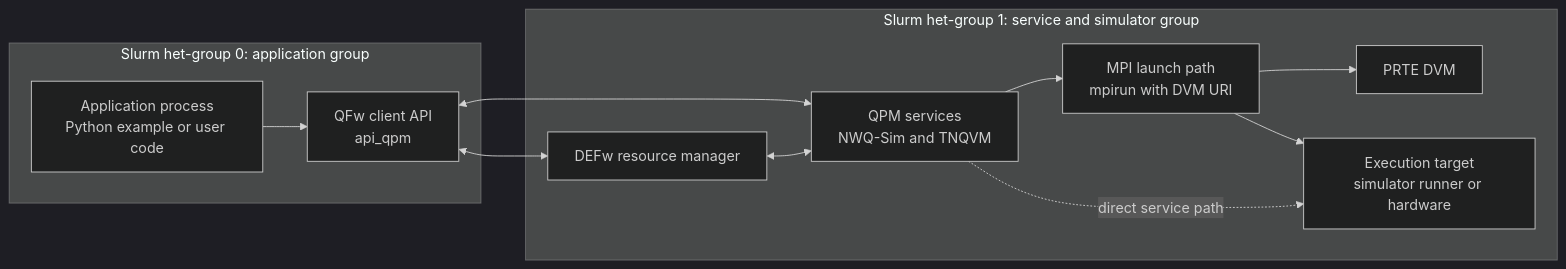
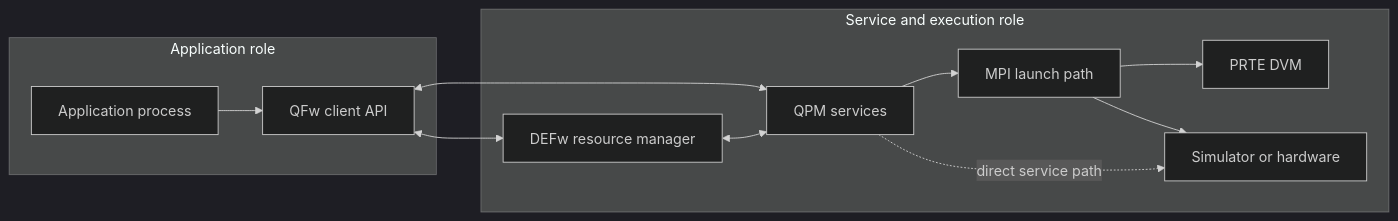
One commit to openQSE/QFw changed the diagram in README.md. Above: the diagram before and after it, drawn with Mermaid (dark theme). The commit also changed other lines of this file, not shown here.

First line of the commit message:
QFw: reorganize README workflows

````diff
--- a/README.md
+++ b/README.md
@@ -492,24 +408,24 @@
 ```mermaid
 flowchart LR
-    subgraph G0["Slurm het-group 0: application group"]
-        App["Application process<br/>Python example or user code"]
-        API["QFw client API<br/>api_qpm"]
+    subgraph G0["Application role"]
+        App["Application process"]
+        API["QFw client API"]
     end
 
-    subgraph G1["Slurm het-group 1: service and simulator group"]
+    subgraph G1["Service and execution role"]
         RM["DEFw resource manager"]
         DVM["PRTE DVM"]
-        QPM["QPM services<br/>NWQ-Sim and TNQVM"]
-        MPI["MPI launch path<br/>mpirun with DVM URI"]
-        Target["Execution target<br/>simulator runner or hardware"]
+        QPM["QPM services"]
+        MPI["MPI launch path"]
+        Target["Simulator or hardware"]
     end
 
     App --> API
     API <--> RM
     API <--> QPM
     RM <--> QPM
     QPM --> MPI
     MPI --> DVM
     MPI --> Target
     QPM -. direct service path .-> Target
 ```
````
